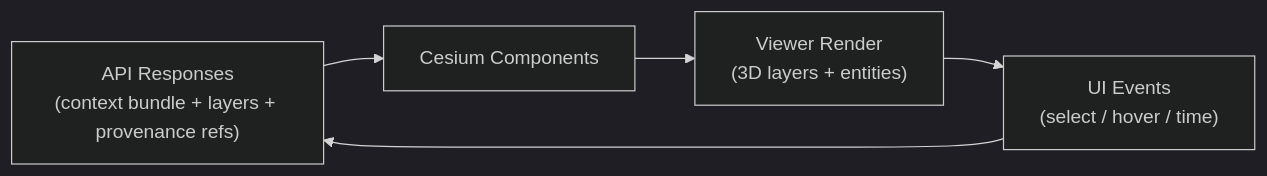
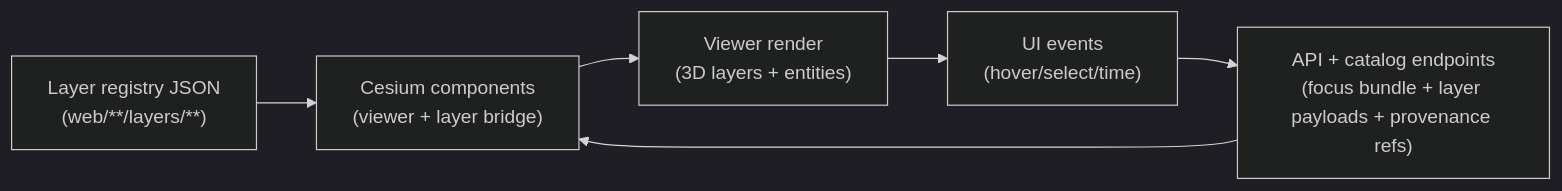
The first of 2 diagrams in web/cesium/components/README.md (bartytime4life/Kansas-Frontier-Matrix), drawn with Mermaid (dark theme) before and after one commit. The commit also changed other lines of this file, not shown here.

```diff
--- a/web/cesium/components/README.md
+++ b/web/cesium/components/README.md
@@ -156,7 +183,8 @@
 ~~~mermaid
 flowchart LR
-  A["API Responses<br/>(context bundle + layers + provenance refs)"] --> B["Cesium Components"]
-  B --> C["Viewer Render<br/>(3D layers + entities)"]
-  C --> D["UI Events<br/>(select / hover / time)"]
-  D --> A
+  LR["Layer registry JSON<br/>(web/**/layers/**)"] --> V["Cesium components<br/>(viewer + layer bridge)"]
+  API["API + catalog endpoints<br/>(focus bundle + layer payloads + provenance refs)"] --> V
+  V --> R["Viewer render<br/>(3D layers + entities)"]
+  R --> E["UI events<br/>(hover/select/time)"]
+  E --> API
 ~~~
```
